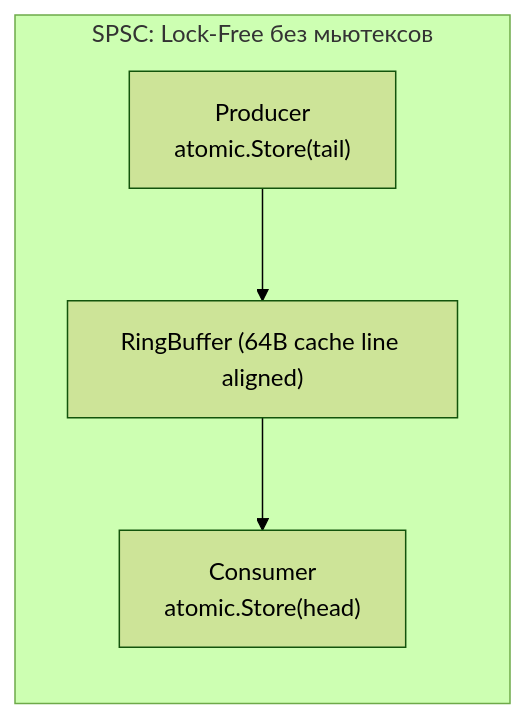
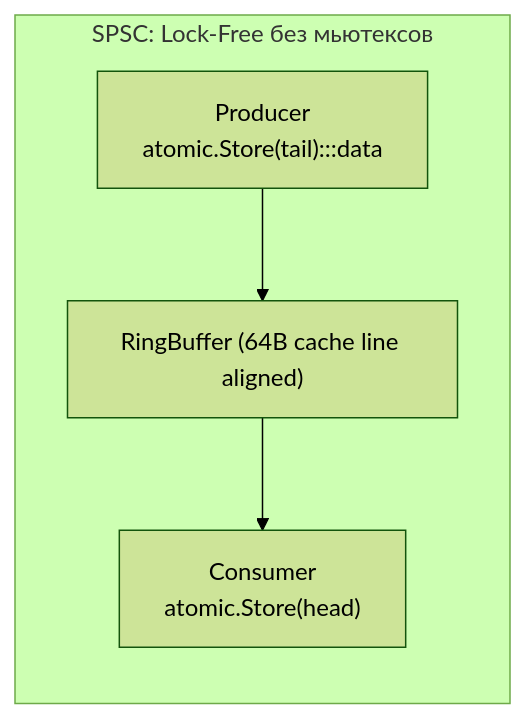
Before and after one commit to UnrealTemplier/go-textbook: the third of 3 diagrams in sources/20. Алгоритмы и структуры данных (DSA) на Go/02. Базовые структуры данных/7. Кольцевой буфер.md, drawn with Mermaid (forest theme). The commit also changed other lines of this file and 1666 other files, not shown here.

First line of the commit message:
feat(mermaid): add semantic color classDef to 1369 colorless flowchart/graph diagrams

````diff
--- a/sources/20. Алгоритмы и структуры данных (DSA) на Go/02. Базовые структуры данных/7. Кольцевой буфер.md
+++ b/sources/20. Алгоритмы и структуры данных (DSA) на Go/02. Базовые структуры данных/7. Кольцевой буфер.md
@@ -191,7 +211,17 @@
 ```mermaid
 flowchart LR
+    classDef process  fill:#1e293b,stroke:#38bdf8,stroke-width:1px,color:#f8fafc
+    classDef success  fill:#064e3b,stroke:#34d399,stroke-width:1px,color:#f8fafc
+    classDef error    fill:#7f1d1d,stroke:#f87171,stroke-width:1px,color:#f8fafc
+    classDef warning  fill:#78350f,stroke:#fbbf24,stroke-width:1px,color:#f8fafc
+    classDef entry    fill:#1e3a5f,stroke:#38bdf8,stroke-width:2px,color:#f8fafc
+    classDef aux      fill:#334155,stroke:#64748b,stroke-width:1px,color:#f8fafc
+    classDef system   fill:#312e81,stroke:#a78bfa,stroke-width:1px,color:#f8fafc
+    classDef data     fill:#132d29,stroke:#2dd4bf,stroke-width:1px,color:#f8fafc
+    classDef network  fill:#881337,stroke:#fb7185,stroke-width:1px,color:#f8fafc
+    classDef accent   fill:#1e1b4b,stroke:#818cf8,stroke-width:1px,color:#f8fafc
     subgraph LockFreeSPSC["SPSC: Lock-Free без мьютексов"]
-        Producer["Producer<br/>atomic.Store(tail)"] --> RingBufferNode["RingBuffer (64B cache line aligned)"]
+        Producer["Producer<br/>atomic.Store(tail):::data"] --> RingBufferNode["RingBuffer (64B cache line aligned)"]
         RingBufferNode --> Consumer["Consumer<br/>atomic.Store(head)"]
     end
 ```
````
